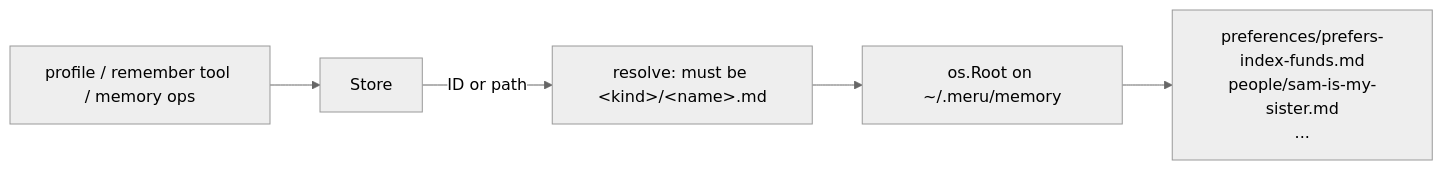
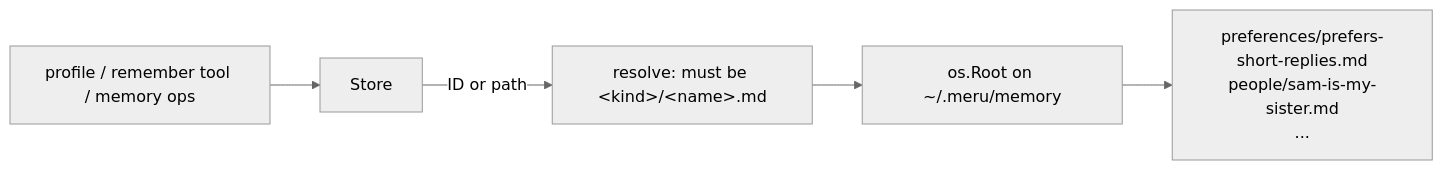
The diagram in docs/coding-notes/memory.md (aarora79/meru), drawn with Mermaid (neutral theme) before and after one commit. The commit also changed other lines of this file and 132 other files, not shown here.

````diff
--- a/docs/coding-notes/memory.md
+++ b/docs/coding-notes/memory.md
@@ -38,7 +38,7 @@
 ```mermaid
 flowchart LR
     caller["profile / remember tool / memory ops"] --> store["Store"]
     store -- "ID or path" --> resolve["resolve: must be &lt;kind&gt;/&lt;name&gt;.md"]
     resolve --> root["os.Root on ~/.meru/memory"]
-    root --> files["preferences/prefers-index-funds.md<br/>people/sam-is-my-sister.md<br/>..."]
+    root --> files["preferences/prefers-short-replies.md<br/>people/sam-is-my-sister.md<br/>..."]
 ```
````
